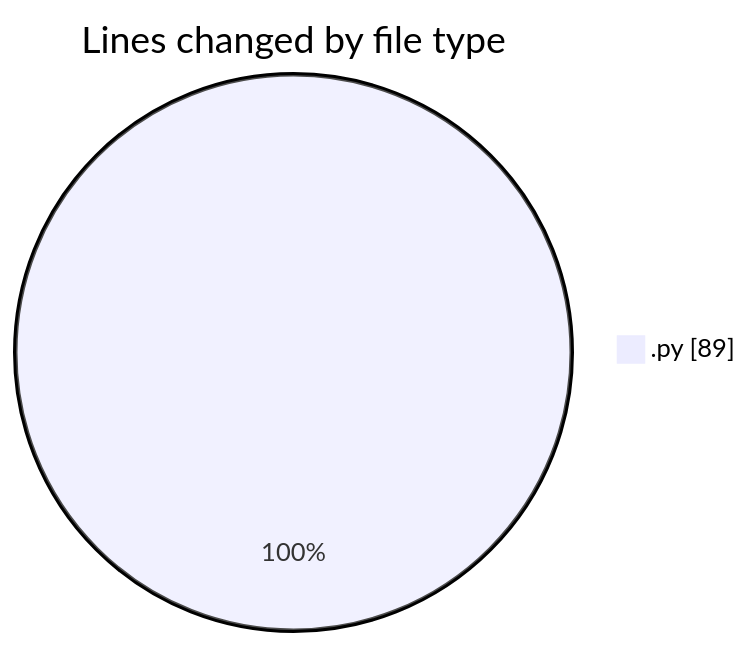
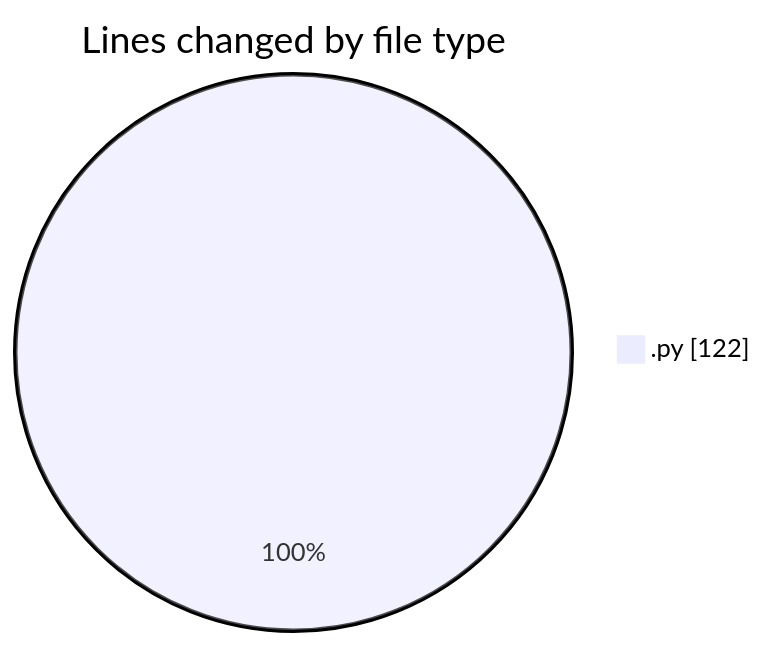
Before and after one commit to julien-gomy/code-tracking: the first of 2 diagrams in 2025-11-18/eventscop-api-guide__workspace_/README.md, drawn with Mermaid. The commit also changed other lines of this file and 1 other file, not shown here.

````diff
--- a/2025-11-18/eventscop-api-guide__workspace_/README.md
+++ b/2025-11-18/eventscop-api-guide__workspace_/README.md
@@ -21,5 +22,5 @@
 ```mermaid
 pie showData
 title Lines changed by file type
-".py" : 89
+".py" : 122
 ```
````
